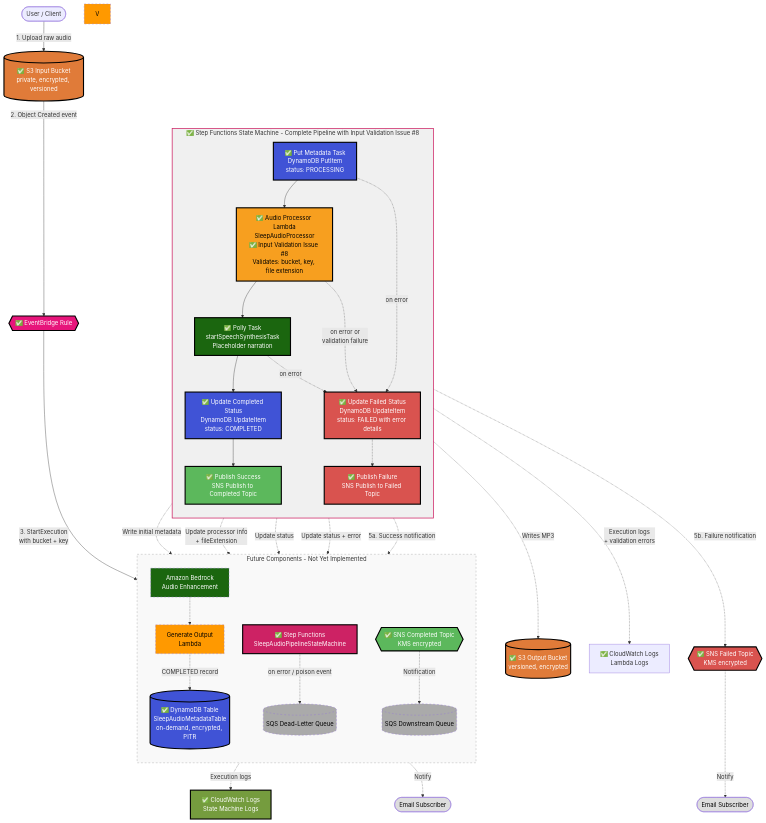
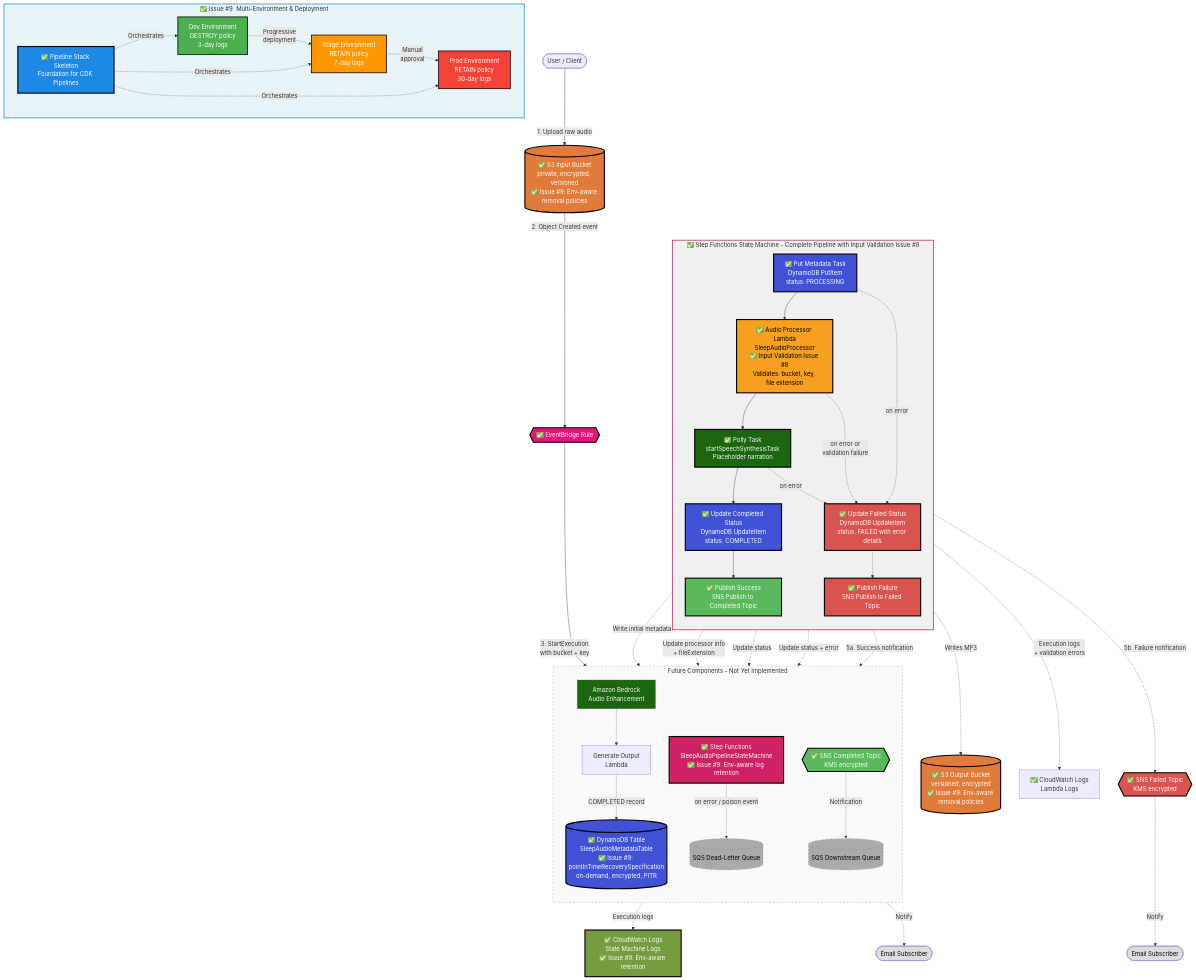
One commit to obstreperous-ai/cdk-sleep-ts-copilot changed the diagram in ARCHITECTURE.md. Above: the diagram before and after it, drawn with Mermaid. The commit also changed other lines of this file, not shown here.

Commit message:
docs(architecture): update ARCHITECTURE.md with Issue #9 multi-environment support and refinements

````diff
--- a/ARCHITECTURE.md
+++ b/ARCHITECTURE.md
@@ -323,9 +367,9 @@
 ```mermaid
 flowchart TD
-    U([User / Client]) -->|1. Upload raw audio| S3in[(✅ S3 Input Bucket<br/>private, encrypted, versioned)]
+    U([User / Client]) -->|1. Upload raw audio| S3in[(✅ S3 Input Bucket<br/>private, encrypted, versioned<br/>✅ Issue #9: Env-aware removal policies)]
 
     S3in -->|2. Object Created event| EB{{✅ EventBridge Rule}}
-    EB -->|3. StartExecution<br/>with bucket + key| SFN[✅ Step Functions<br/>SleepAudioPipelineStateMachine]
+    EB -->|3. StartExecution<br/>with bucket + key| SFN[✅ Step Functions<br/>SleepAudioPipelineStateMachine<br/>✅ Issue #9: Env-aware log retention]
 
     subgraph SFN_Detail [✅ Step Functions State Machine - Complete Pipeline with Input Validation Issue #8]
         direction TB
@@ -341,12 +385,12 @@
         UPDATEFAILED -.-> PUBLISHFAILURE[✅ Publish Failure<br/>SNS Publish to Failed Topic]
     end
 
-    PUTMETA -.->|Write initial metadata| DDB[(✅ DynamoDB Table<br/>SleepAudioMetadataTable<br/>on-demand, encrypted, PITR)]
+    PUTMETA -.->|Write initial metadata| DDB[(✅ DynamoDB Table<br/>SleepAudioMetadataTable<br/>✅ Issue #9: pointInTimeRecoverySpecification<br/>on-demand, encrypted, PITR)]
     LAMBDA -.->|Update processor info<br/>+ fileExtension| DDB
     UPDATECOMPLETE -.->|Update status| DDB
     UPDATEFAILED -.->|Update status + error| DDB
-    POLLY -.->|Writes MP3| S3out[(✅ S3 Output Bucket<br/>versioned, encrypted)]
-    SFN -.->|Execution logs| CWLOGS[✅ CloudWatch Logs<br/>State Machine Logs]
+    POLLY -.->|Writes MP3| S3out[(✅ S3 Output Bucket<br/>versioned, encrypted<br/>✅ Issue #9: Env-aware removal policies)]
+    SFN -.->|Execution logs| CWLOGS[✅ CloudWatch Logs<br/>State Machine Logs<br/>✅ Issue #9: Env-aware retention]
     LAMBDA -.->|Execution logs<br/>+ validation errors| CWLOGS2[✅ CloudWatch Logs<br/>Lambda Logs]
     
     PUBLISHSUCCESS -.->|5a. Success notification| SNSCOMPLETE{{✅ SNS Completed Topic<br/>KMS encrypted}}
@@ -354,6 +398,20 @@
     
     SNSCOMPLETE -.->|Notify| Email1([Email Subscriber])
     SNSFAILED -.->|Notify| Email2([Email Subscriber])
+
+    subgraph Deployment [✅ Issue #9: Multi-Environment & Deployment]
+        direction LR
+        ENV_DEV[Dev Environment<br/>DESTROY policy<br/>3-day logs]
+        ENV_STAGE[Stage Environment<br/>RETAIN policy<br/>7-day logs]
+        ENV_PROD[Prod Environment<br/>RETAIN policy<br/>30-day logs]
+        PIPELINE[✅ Pipeline Stack Skeleton<br/>Foundation for CDK Pipelines]
+        
+        ENV_DEV -.->|Progressive<br/>deployment| ENV_STAGE
+        ENV_STAGE -.->|Manual<br/>approval| ENV_PROD
+        PIPELINE -.->|Orchestrates| ENV_DEV
+        PIPELINE -.->|Orchestrates| ENV_STAGE
+        PIPELINE -.->|Orchestrates| ENV_PROD
+    end
 
     subgraph Future [Future Components - Not Yet Implemented]
         direction TB
@@ -381,9 +439,12 @@
     style DDB fill:#4053d6,color:#fff,stroke:#000,stroke-width:3px
     style CWLOGS fill:#759c3e,color:#fff,stroke:#000,stroke-width:3px
     style SFN_Detail fill:#f0f0f0,stroke:#cd2264,stroke-width:2px
+    style Deployment fill:#e8f4f8,stroke:#1e88e5,stroke-width:2px
     style Future fill:#f9f9f9,stroke:#999,stroke-width:1px,stroke-dasharray: 5 5
-    style V fill:#f90,color:#000,stroke-dasharray: 5 5
-    style OUT fill:#f90,color:#000,stroke-dasharray: 5 5
+    style PIPELINE fill:#1e88e5,color:#fff,stroke:#000,stroke-width:3px
+    style ENV_DEV fill:#4caf50,color:#fff,stroke:#000,stroke-width:2px
+    style ENV_STAGE fill:#ff9800,color:#fff,stroke:#000,stroke-width:2px
+    style ENV_PROD fill:#f44336,color:#fff,stroke:#000,stroke-width:2px
     style BED fill:#1b660f,color:#fff,stroke-dasharray: 5 5
     style DLQ fill:#aaa,color:#000,stroke-dasharray: 5 5
     style SQSdown fill:#aaa,color:#000,stroke-dasharray: 5 5
````
